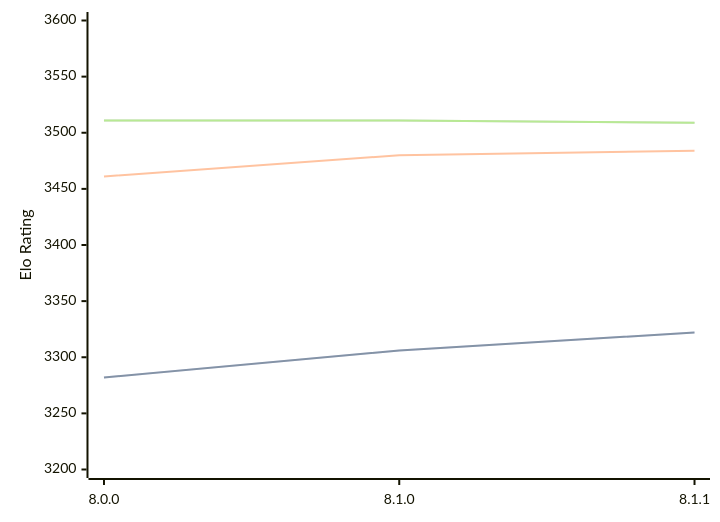
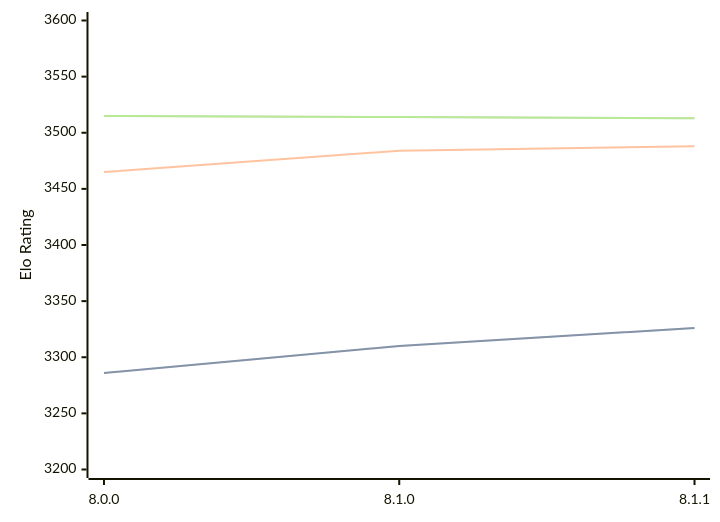
Before and after one commit to computer-chess-index/cci: the diagram in engines/Velvet.md, drawn with Mermaid. The commit also changed other lines of this file, not shown here.

Commit message:
Update CCI Ratings (ELO VLTC) - 2026-05-02

````diff
--- a/engines/Velvet.md
+++ b/engines/Velvet.md
@@ -57,11 +57,11 @@
 ```mermaid
 %%{init: {"theme":"base","themeVariables":{"seriesColors:['#a3a3a3','#222221','#faa371']}}}%%
 xychart-beta
   x-axis ["8.0.0", "8.1.0", "8.1.1"]
   y-axis "Elo Rating" 3200 --> 3600
-  line "STC (8.0+0.08s)" [3282, 3306, 3322]
-  line "STC (8.0+0.08s)" [3282, 3306, 3322]
-  line "LTC (60.0+0.60s)" [3461, 3480, 3484]
-  line "VLTC (2m24s+1.12s)" [3511, 3511, 3509]
-  line "VLTC (2m24s+1.12s)" [3511, 3511, 3509]
+  line "STC (8.0+0.08s)" [3286, 3310, 3326]
+  line "STC (8.0+0.08s)" [3286, 3310, 3326]
+  line "LTC (60.0+0.60s)" [3465, 3484, 3488]
+  line "VLTC (2m24s+1.12s)" [3515, 3514, 3513]
+  line "VLTC (2m24s+1.12s)" [3515, 3514, 3513]
 ```
````
